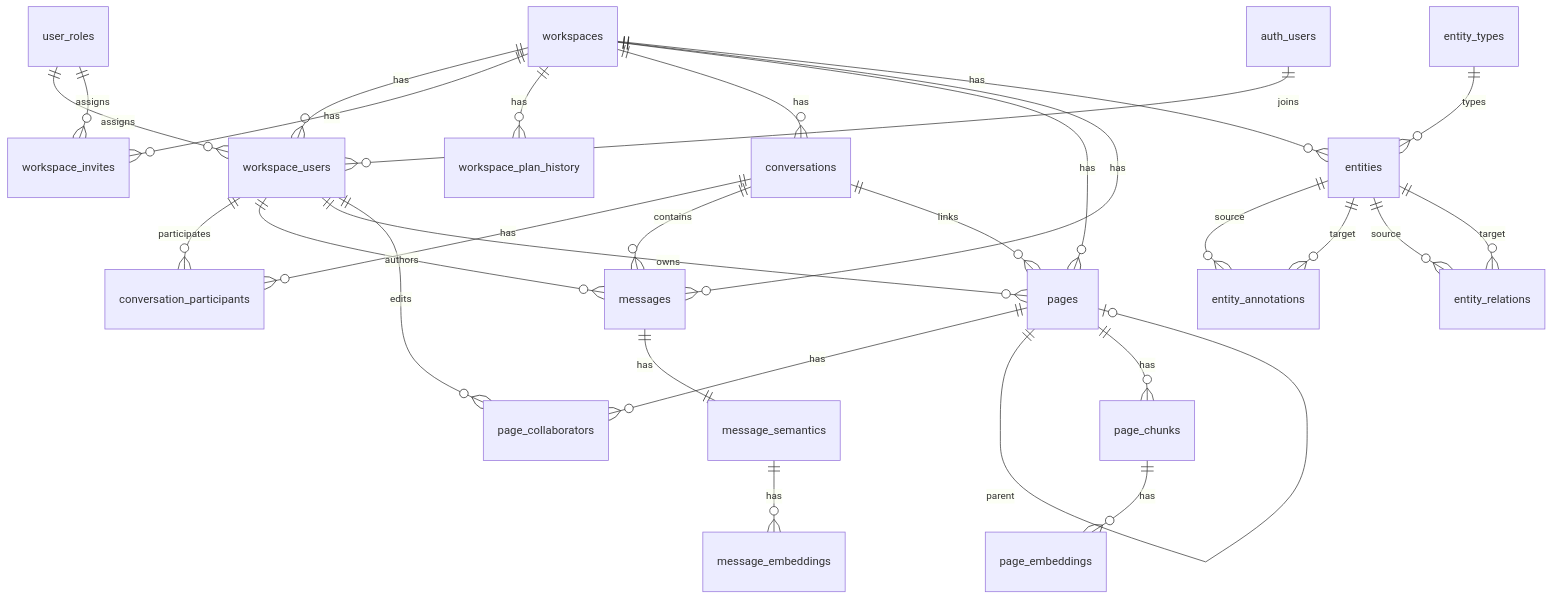
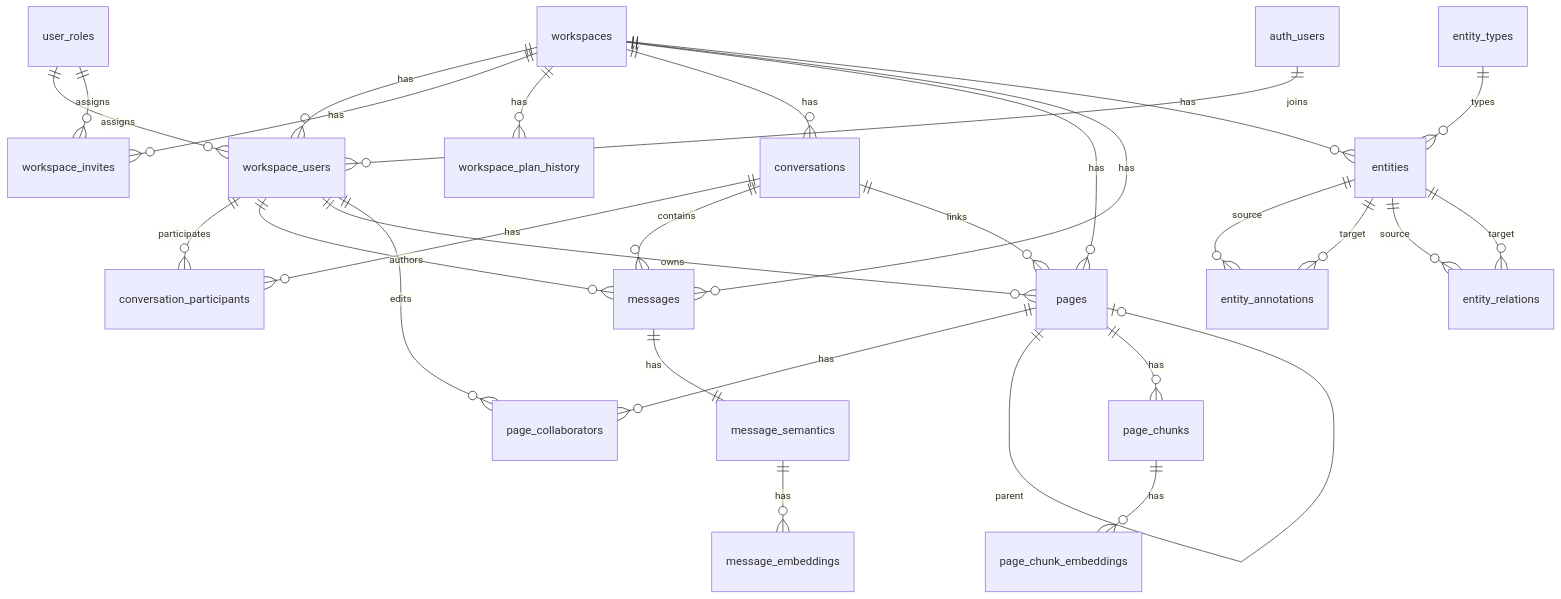
One commit to carlos-tamarind/tamarind-app changed the diagram in docs/architecture/database.md. Above: the diagram before and after it, drawn with Mermaid. The commit also changed other lines of this file and 8 other files, not shown here.

````diff
--- a/docs/architecture/database.md
+++ b/docs/architecture/database.md
@@ -9,39 +9,39 @@
 ```mermaid
 erDiagram
     workspaces ||--o{ workspace_users : has
     workspaces ||--o{ workspace_invites : has
     workspaces ||--o{ workspace_plan_history : has
     workspaces ||--o{ conversations : has
     workspaces ||--o{ pages : has
     workspaces ||--o{ messages : has
     workspaces ||--o{ entities : has
 
     user_roles ||--o{ workspace_users : assigns
     user_roles ||--o{ workspace_invites : assigns
 
     auth_users ||--o{ workspace_users : joins
 
     conversations ||--o{ conversation_participants : has
     conversations ||--o{ messages : contains
     conversations ||--o{ pages : links
 
     workspace_users ||--o{ conversation_participants : participates
     workspace_users ||--o{ messages : authors
     workspace_users ||--o{ pages : owns
     workspace_users ||--o{ page_collaborators : edits
 
     pages ||--o{ page_collaborators : has
     pages ||--o| pages : parent
 
     entity_types ||--o{ entities : types
     entities ||--o{ entity_annotations : source
     entities ||--o{ entity_annotations : target
     entities ||--o{ entity_relations : source
     entities ||--o{ entity_relations : target
 
     messages ||--|| message_semantics : has
     message_semantics ||--o{ message_embeddings : has
 
     pages ||--o{ page_chunks : has
-    page_chunks ||--o{ page_embeddings : has
+    page_chunks ||--o{ page_chunk_embeddings : has
 ```
````
